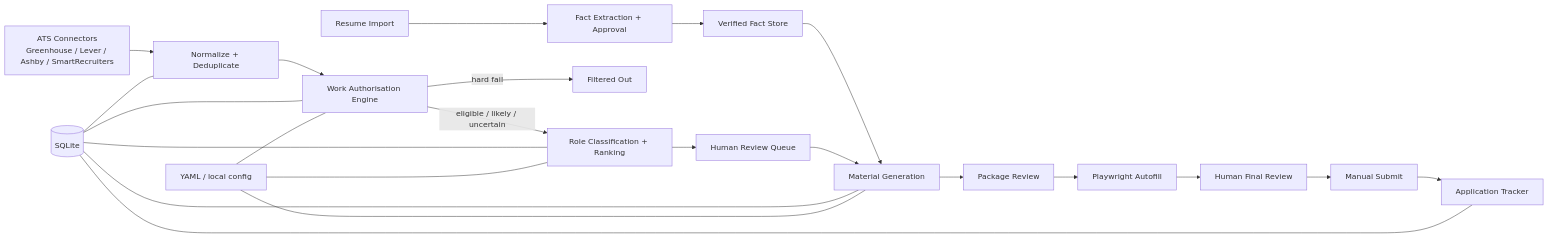
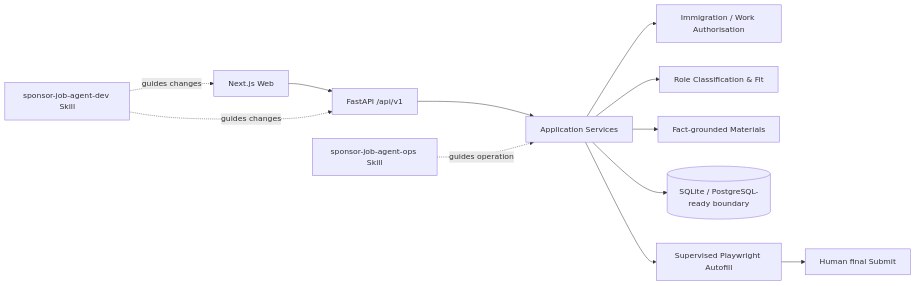
Before and after one commit to Koukou0506/sponsor-aware-job-agent: the diagram in README.md, drawn with Mermaid. The commit also changed other lines of this file and 147 other files, not shown here.

Commit message:
feat: add web UI, FastAPI API and Codex skills

````diff
--- a/README.md
+++ b/README.md
@@ -26,27 +20,15 @@
 ```mermaid
 flowchart LR
-    A[ATS Connectors\nGreenhouse / Lever / Ashby / SmartRecruiters] --> B[Normalize + Deduplicate]
-    B --> C[Work Authorisation Engine]
-    C -->|eligible / likely / uncertain| D[Role Classification + Ranking]
-    C -->|hard fail| X[Filtered Out]
-    D --> E[Human Review Queue]
+    Web[Next.js Web] --> API[FastAPI /api/v1]
+    API --> App[Application Services]
+    App --> Immigration[Immigration / Work Authorisation]
+    App --> Matcher[Role Classification & Fit]
+    App --> Materials[Fact-grounded Materials]
+    App --> Storage[(SQLite / PostgreSQL-ready boundary)]
+    App --> Autofill[Supervised Playwright Autofill]
+    Autofill --> Manual[Human final Submit]
 
-    R[Resume Import] --> F[Fact Extraction + Approval]
-    F --> G[Verified Fact Store]
-    G --> H[Material Generation]
-    E --> H
-    H --> I[Package Review]
-    I --> J[Playwright Autofill]
-    J --> K[Human Final Review]
-    K --> L[Manual Submit]
-    L --> M[Application Tracker]
-
-    Y[(SQLite)] --- B
-    Y --- C
-    Y --- D
-    Y --- H
-    Y --- M
-    Z[YAML / local config] --- C
-    Z --- D
-    Z --- H
+    DevSkill[sponsor-job-agent-dev Skill] -. guides changes .-> Web
+    DevSkill -. guides changes .-> API
+    OpsSkill[sponsor-job-agent-ops Skill] -. guides operation .-> App
 ```
````
